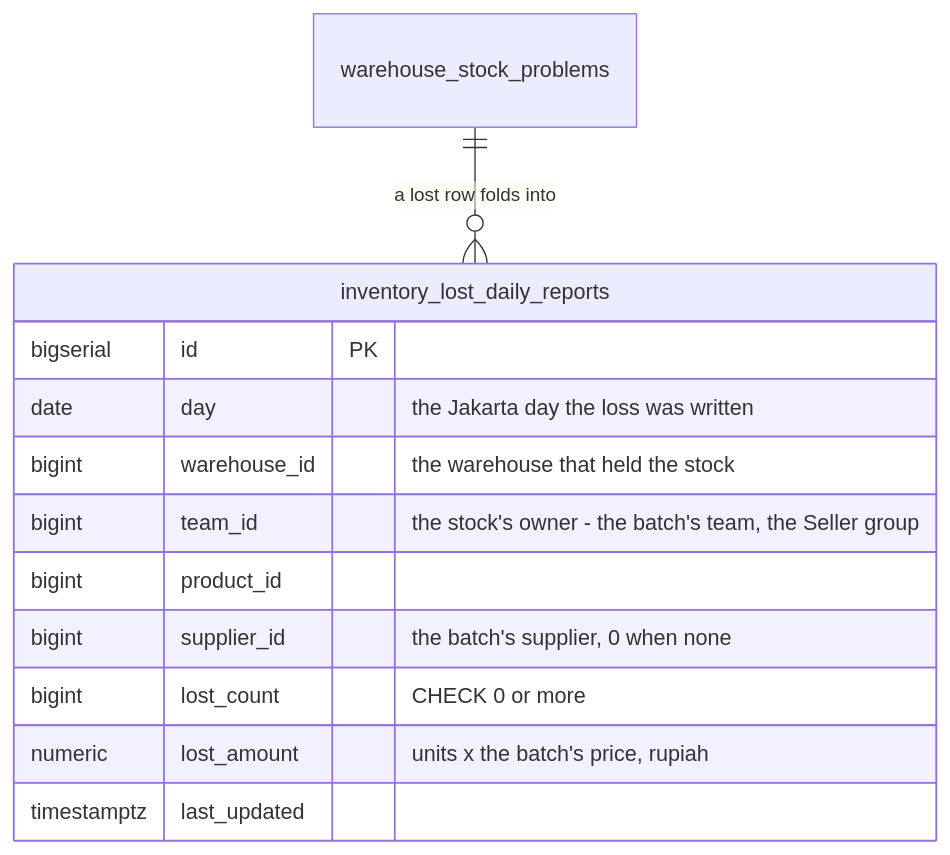
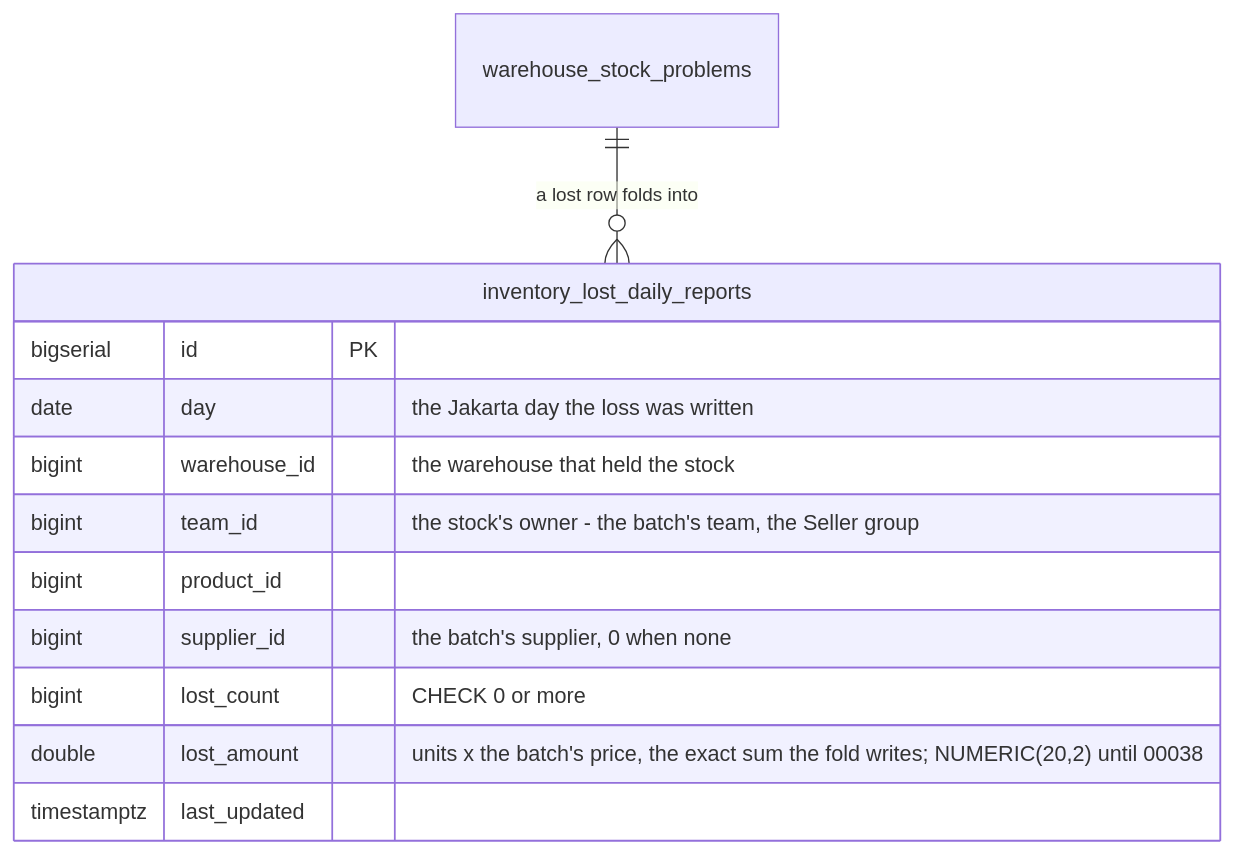
One commit to pdcgo/warehouse_revamp changed diagram 13 of 23 in docs/database-schema.md. Above: the diagram before and after it, drawn with Mermaid. The commit also changed other lines of this file and 445 other files, not shown here.

````diff
--- a/docs/database-schema.md
+++ b/docs/database-schema.md
@@ -1570,15 +1591,15 @@
 ```mermaid
 erDiagram
     inventory_lost_daily_reports {
         bigserial   id           PK
         date        day          "the Jakarta day the loss was written"
         bigint      warehouse_id "the warehouse that held the stock"
         bigint      team_id      "the stock's owner - the batch's team, the Seller group"
         bigint      product_id
         bigint      supplier_id  "the batch's supplier, 0 when none"
         bigint      lost_count   "CHECK 0 or more"
-        numeric     lost_amount  "units x the batch's price, rupiah"
+        double      lost_amount  "units x the batch's price, the exact sum the fold writes; NUMERIC(20,2) until 00038"
         timestamptz last_updated
     }
     warehouse_stock_problems ||--o{ inventory_lost_daily_reports : "a lost row folds into"
 ```
````
